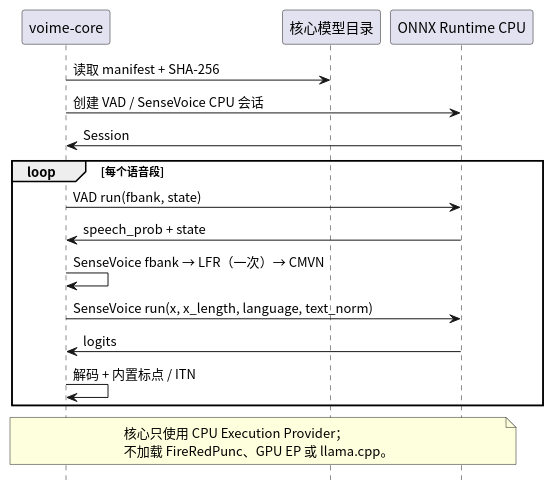
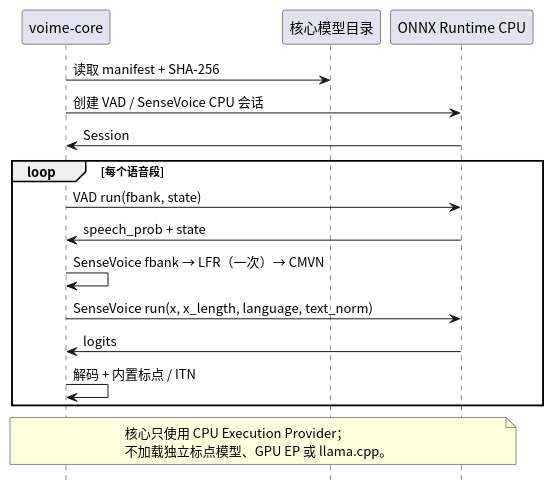
One commit to 54m43lJ/voime changed the diagram in crates/voime-core/diagram/inference-boundary.puml. Above: the diagram before and after it, drawn with PlantUML. The commit also changed 77 other files, not shown here.

First line of the commit message:
refactor: 移除 FireRed GPU Final 后端

```diff
--- a/crates/voime-core/diagram/inference-boundary.puml
+++ b/crates/voime-core/diagram/inference-boundary.puml
@@ -1,27 +1,27 @@
 @startuml
 skinparam defaultFontName "Noto Sans CJK SC"
 skinparam shadowing false
 hide footbox
 
 participant "voime-core" as Core
 participant "核心模型目录" as Models
 participant "ONNX Runtime CPU" as Ort
 
 Core -> Models : 读取 manifest + SHA-256
 Core -> Ort : 创建 VAD / SenseVoice CPU 会话
 Ort -> Core : Session
 
 loop 每个语音段
   Core -> Ort : VAD run(fbank, state)
   Ort -> Core : speech_prob + state
   Core -> Core : SenseVoice fbank → LFR（一次）→ CMVN
   Core -> Ort : SenseVoice run(x, x_length, language, text_norm)
   Ort -> Core : logits
   Core -> Core : 解码 + 内置标点 / ITN
 end
 
 note over Core, Ort
   核心只使用 CPU Execution Provider；
-  不加载 FireRedPunc、GPU EP 或 llama.cpp。
+  不加载独立标点模型、GPU EP 或 llama.cpp。
 end note
 @enduml
```
